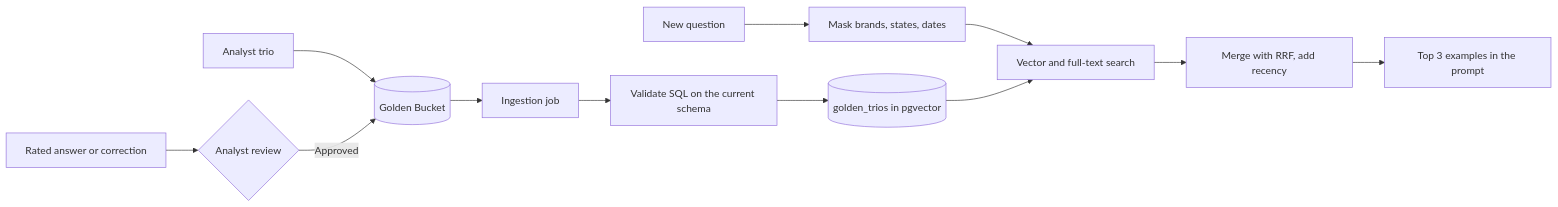
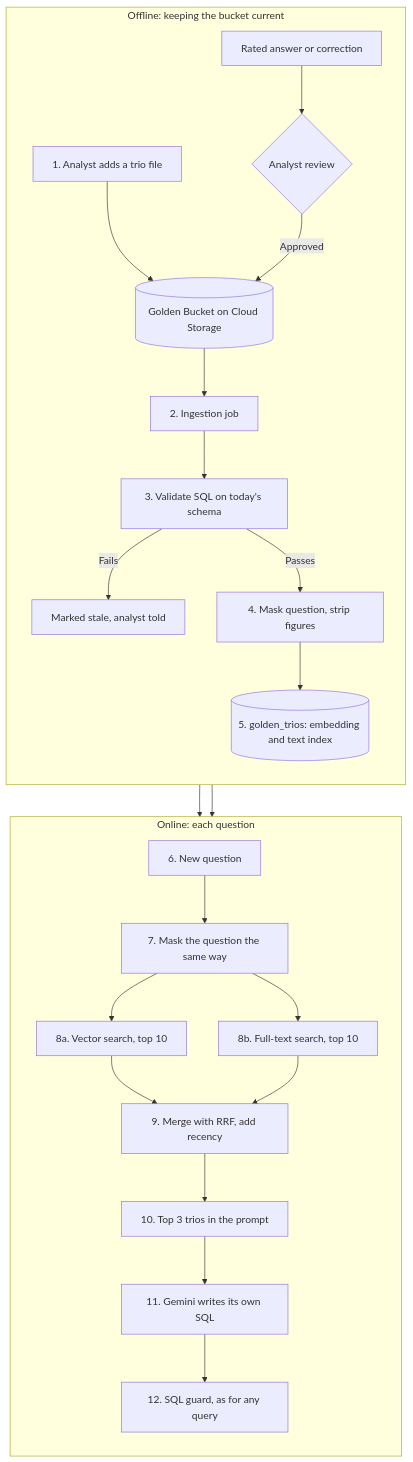
One commit to xdrBogdan22/opsfleet-assignment-retail-analyst changed the fifth of 5 diagrams in docs/02-architecture.md. Above: the diagram before and after it, drawn with Mermaid. The commit also changed other lines of this file and 3 other files, not shown here.

First line of the commit message:
Rewrite the Golden Knowledge chapter as its single home

````diff
--- a/docs/02-architecture.md
+++ b/docs/02-architecture.md
@@ -301,14 +330,27 @@
 ```mermaid
-flowchart LR
-    expert["Analyst trio"] --> bucket[("Golden Bucket")]
-    candidate["Rated answer or correction"] --> review{"Analyst review"}
-    review -- "Approved" --> bucket
-    bucket --> job["Ingestion job"]
-    job --> check["Validate SQL on the current schema"]
-    check --> index[("golden_trios in pgvector")]
-    question["New question"] --> mask["Mask brands, states, dates"]
-    mask --> search["Vector and full-text search"]
-    index --> search
-    search --> rank["Merge with RRF, add recency"]
-    rank --> prompt["Top 3 examples in the prompt"]
+flowchart TB
+    subgraph offline["Offline: keeping the bucket current"]
+        direction TB
+        add["1. Analyst adds a trio file"] --> bucket[("Golden Bucket on Cloud Storage")]
+        candidate["Rated answer or correction"] --> review{"Analyst review"}
+        review -- "Approved" --> bucket
+        bucket --> job["2. Ingestion job"]
+        job --> validate["3. Validate SQL on today's schema"]
+        validate -- "Fails" --> stale["Marked stale, analyst told"]
+        validate -- "Passes" --> clean["4. Mask question, strip figures"]
+        clean --> index[("5. golden_trios: embedding and text index")]
+    end
+    subgraph online["Online: each question"]
+        direction TB
+        question["6. New question"] --> mask["7. Mask the question the same way"]
+        mask --> vector["8a. Vector search, top 10"]
+        mask --> text["8b. Full-text search, top 10"]
+        vector --> fuse["9. Merge with RRF, add recency"]
+        text --> fuse
+        fuse --> prompt["10. Top 3 trios in the prompt"]
+        prompt --> model["11. Gemini writes its own SQL"]
+        model --> guard["12. SQL guard, as for any query"]
+    end
+    index --> vector
+    index --> text
 ```
````
